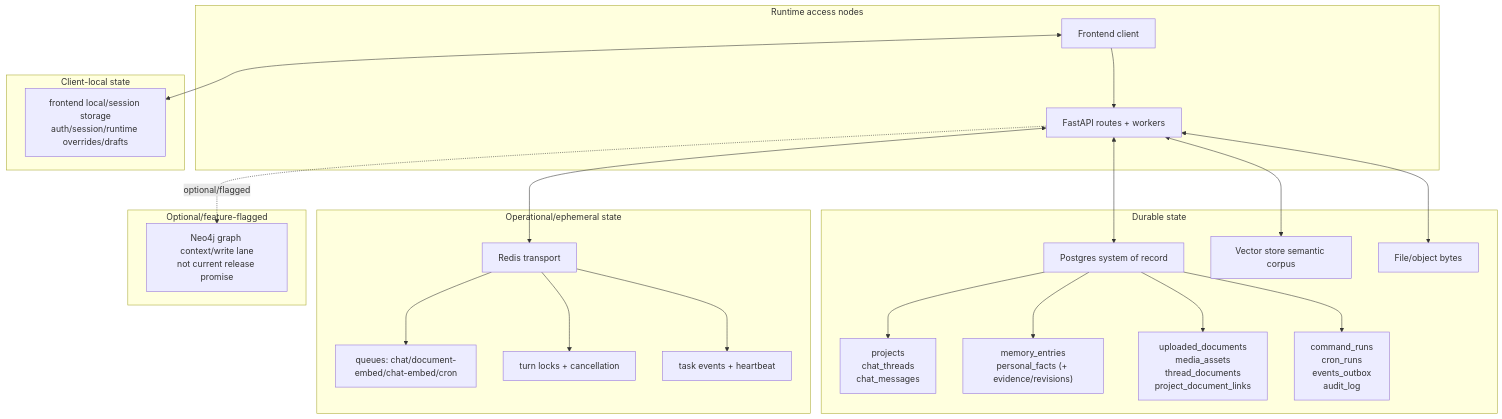
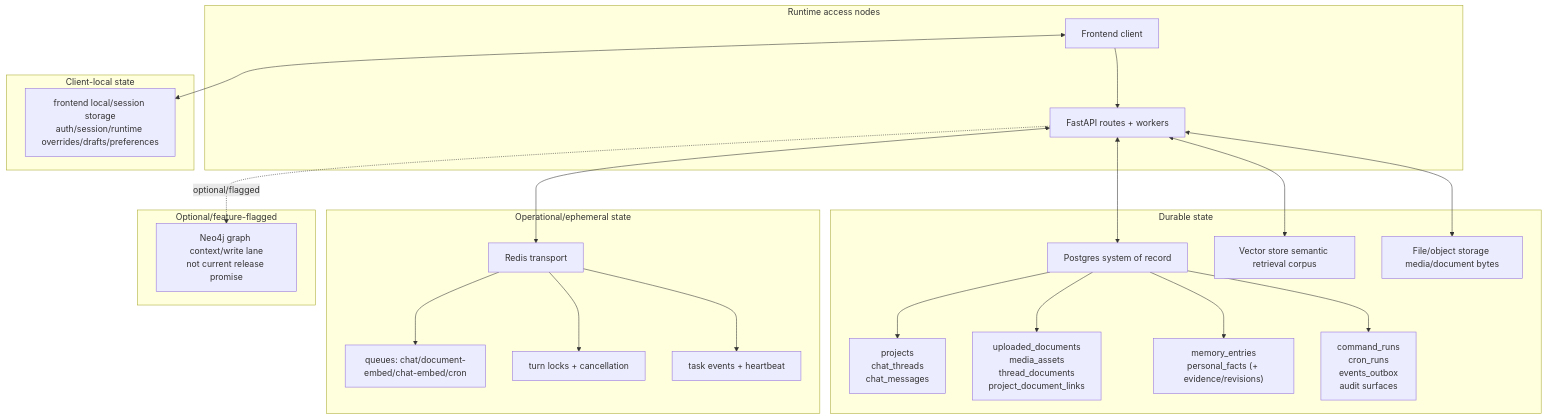
One commit to Resonant-Jones/Codexify changed the diagram in docs/architecture/generated/codexify-development-map-v1/03-data-and-dependency-spine.mmd. Above: the diagram before and after it, drawn with Mermaid. The commit also changed 9 other files, not shown here.

Commit message:
Fix development map Mermaid preview compatibility

```diff
--- a/docs/architecture/generated/codexify-development-map-v1/03-data-and-dependency-spine.mmd
+++ b/docs/architecture/generated/codexify-development-map-v1/03-data-and-dependency-spine.mmd
@@ -1,49 +1,48 @@
 flowchart TB
     subgraph runtime["Runtime access nodes"]
         API["FastAPI routes + workers"]
         FE["Frontend client"]
     end
 
     subgraph durable["Durable state"]
         PG["Postgres system of record"]
-        ENT_CORE["projects\nchat_threads\nchat_messages"]
-        ENT_MEM["memory_entries\npersonal_facts (+ evidence/revisions)"]
-        ENT_DOC["uploaded_documents\nmedia_assets\nthread_documents\nproject_document_links"]
-        ENT_OPS["command_runs\ncron_runs\nevents_outbox\naudit_log"]
-
-        VEC["Vector store semantic corpus"]
-        OBJ["File/object bytes"]
+        CORE["projects<br/>chat_threads<br/>chat_messages"]
+        DOCS["uploaded_documents<br/>media_assets<br/>thread_documents<br/>project_document_links"]
+        MEM["memory_entries<br/>personal_facts (+ evidence/revisions)"]
+        OPS["command_runs<br/>cron_runs<br/>events_outbox<br/>audit surfaces"]
+        VEC["Vector store semantic retrieval corpus"]
+        OBJ["File/object storage media/document bytes"]
     end
 
     subgraph operational["Operational/ephemeral state"]
         REDIS["Redis transport"]
         Q["queues: chat/document-embed/chat-embed/cron"]
         L["turn locks + cancellation"]
         E["task events + heartbeat"]
     end
 
     subgraph optional["Optional/feature-flagged"]
-        NEO["Neo4j graph context/write lane\nnot current release promise"]
+        NEO["Neo4j graph context/write lane<br/>not current release promise"]
     end
 
-    subgraph client_state["Client-local state"]
-        CLS["frontend local/session storage\nauth/session/runtime overrides/drafts"]
+    subgraph client["Client-local state"]
+        CLS["frontend local/session storage<br/>auth/session/runtime overrides/drafts/preferences"]
     end
 
     FE <--> CLS
     FE --> API
 
     API <--> PG
     API <--> REDIS
     API <--> VEC
     API <--> OBJ
     API -. optional/flagged .-> NEO
 
-    PG --> ENT_CORE
-    PG --> ENT_MEM
-    PG --> ENT_DOC
-    PG --> ENT_OPS
+    PG --> CORE
+    PG --> DOCS
+    PG --> MEM
+    PG --> OPS
 
     REDIS --> Q
     REDIS --> L
     REDIS --> E
```
